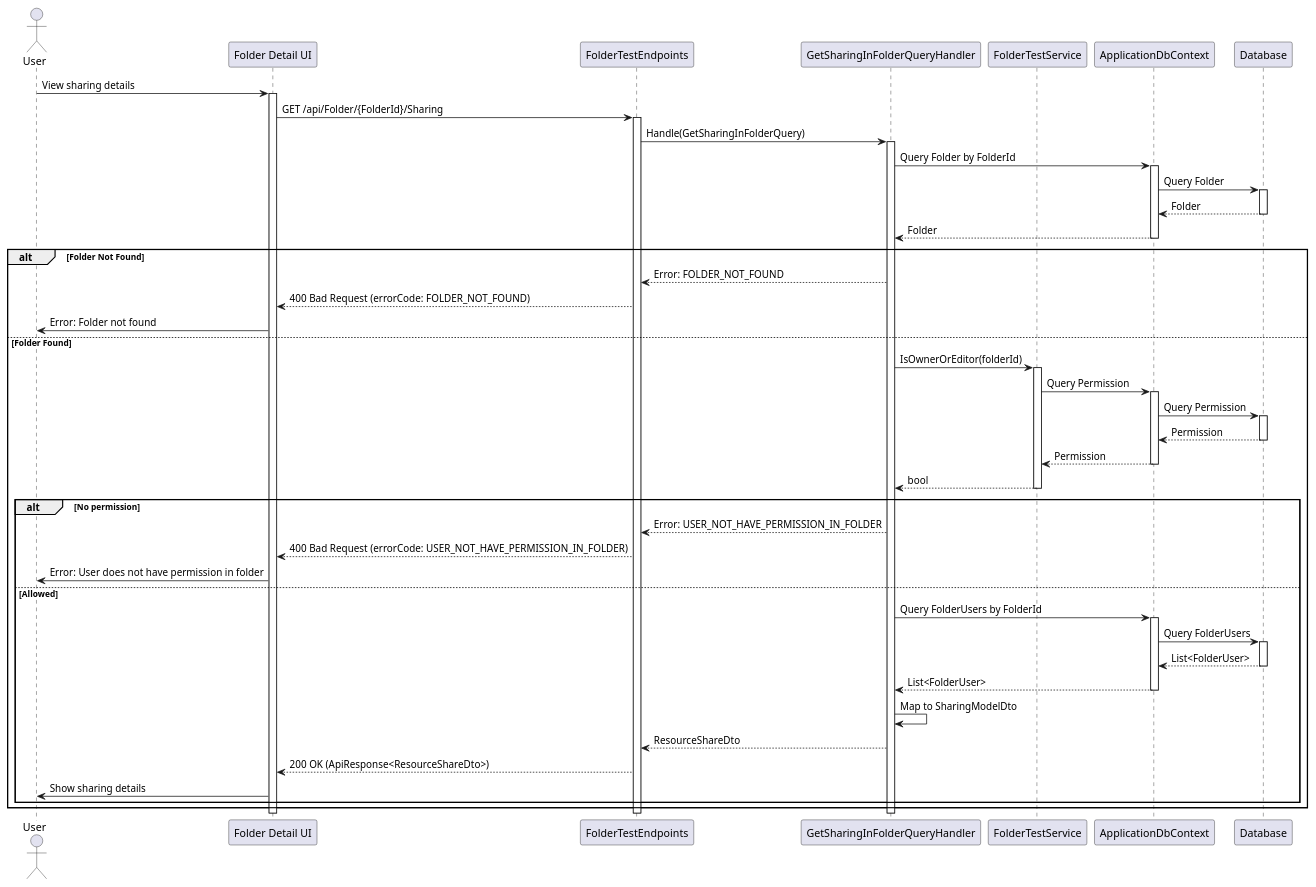
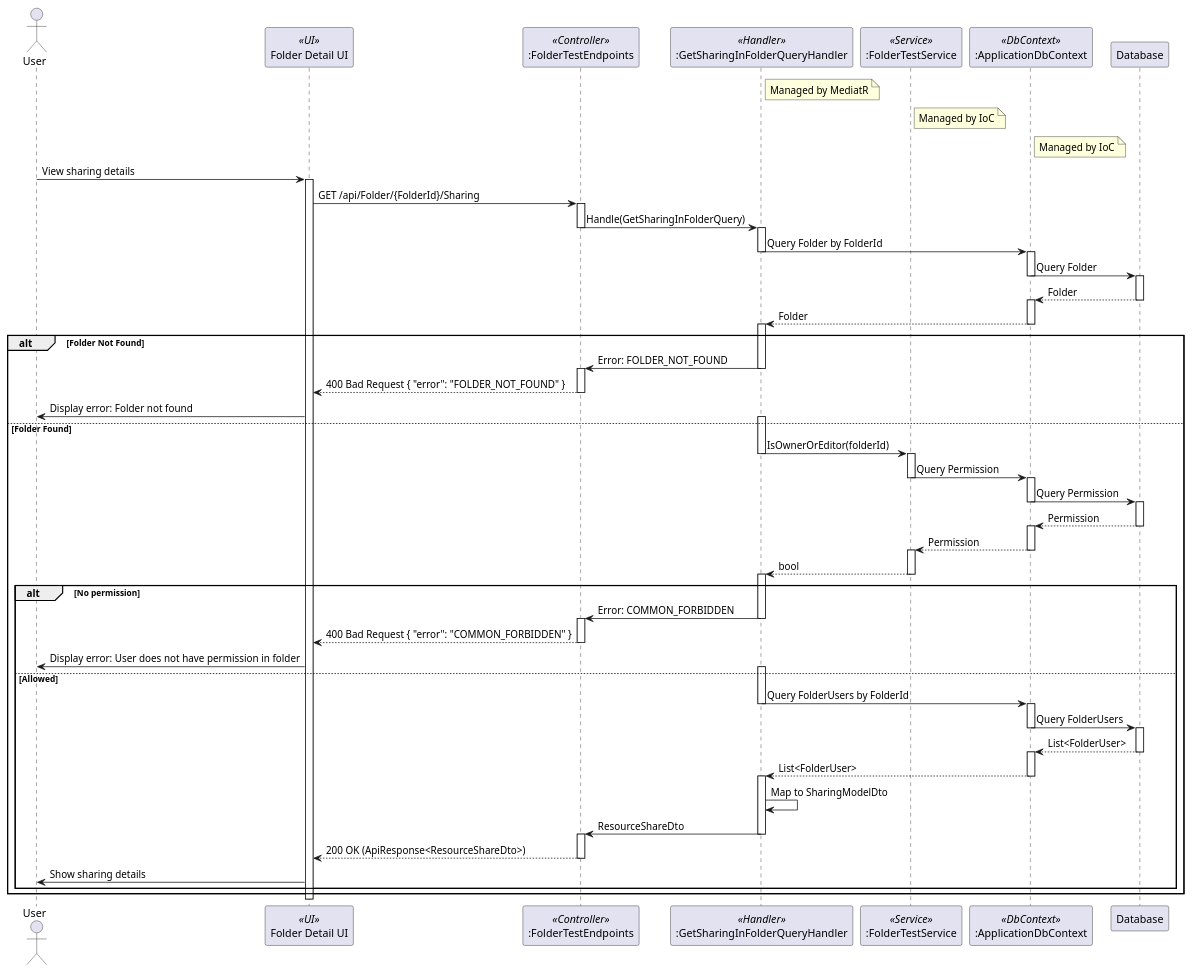
One commit to thanhkhac/SEP_Diagram changed the diagram in FolderTest/Sequence/GetSharingInFolderQuery.puml. Above: the diagram before and after it, drawn with PlantUML. The commit also changed 23 other files, not shown here.

First line of the commit message:
Enhance sequence diagrams with detailed flow and roles

```diff
--- a/FolderTest/Sequence/GetSharingInFolderQuery.puml
+++ b/FolderTest/Sequence/GetSharingInFolderQuery.puml
@@ -1,63 +1,100 @@
 @startuml
 actor User
-participant "Folder Detail UI" as UI
-participant FolderTestEndpoints
-participant GetSharingInFolderQueryHandler as Handler
-participant FolderTestService
-participant ApplicationDbContext
+participant "Folder Detail UI" as UI <<UI>>
+participant ":FolderTestEndpoints" as FolderTestEndpoints <<Controller>>
+participant ":GetSharingInFolderQueryHandler" as GetSharingInFolderQueryHandler <<Handler>>
+participant ":FolderTestService" as FolderTestService <<Service>>
+participant ":ApplicationDbContext" as ApplicationDbContext <<DbContext>>
 participant Database
+
+note right of GetSharingInFolderQueryHandler
+  Managed by MediatR
+end note
+
+note right of FolderTestService
+  Managed by IoC
+end note
+
+note right of ApplicationDbContext
+  Managed by IoC
+end note
 
 User -> UI : View sharing details
 activate UI
 UI -> FolderTestEndpoints : GET /api/Folder/{FolderId}/Sharing
 activate FolderTestEndpoints
-FolderTestEndpoints -> Handler : Handle(GetSharingInFolderQuery)
-activate Handler
-Handler -> ApplicationDbContext : Query Folder by FolderId
+FolderTestEndpoints -> GetSharingInFolderQueryHandler : Handle(GetSharingInFolderQuery)
+deactivate FolderTestEndpoints
+activate GetSharingInFolderQueryHandler
+GetSharingInFolderQueryHandler -> ApplicationDbContext : Query Folder by FolderId
+deactivate GetSharingInFolderQueryHandler
 activate ApplicationDbContext
 ApplicationDbContext -> Database : Query Folder
+deactivate ApplicationDbContext
 activate Database
 Database --> ApplicationDbContext : Folder
 deactivate Database
-ApplicationDbContext --> Handler : Folder
+activate ApplicationDbContext
+ApplicationDbContext --> GetSharingInFolderQueryHandler : Folder
 deactivate ApplicationDbContext
+activate GetSharingInFolderQueryHandler
 alt Folder Not Found
-    Handler --> FolderTestEndpoints : Error: FOLDER_NOT_FOUND
-    FolderTestEndpoints --> UI : 400 Bad Request (errorCode: FOLDER_NOT_FOUND)
-    UI -> User : Error: Folder not found
+    GetSharingInFolderQueryHandler -> FolderTestEndpoints : Error: FOLDER_NOT_FOUND
+    deactivate GetSharingInFolderQueryHandler
+    activate FolderTestEndpoints
+    FolderTestEndpoints --> UI : 400 Bad Request { "error": "FOLDER_NOT_FOUND" }
+    deactivate FolderTestEndpoints
+    UI -> User : Display error: Folder not found
 else Folder Found
-    Handler -> FolderTestService : IsOwnerOrEditor(folderId)
+    activate GetSharingInFolderQueryHandler
+    GetSharingInFolderQueryHandler -> FolderTestService : IsOwnerOrEditor(folderId)
+    deactivate GetSharingInFolderQueryHandler
     activate FolderTestService
     FolderTestService -> ApplicationDbContext : Query Permission
+    deactivate FolderTestService
     activate ApplicationDbContext
     ApplicationDbContext -> Database : Query Permission
+    deactivate ApplicationDbContext
     activate Database
     Database --> ApplicationDbContext : Permission
     deactivate Database
+    activate ApplicationDbContext
     ApplicationDbContext --> FolderTestService : Permission
     deactivate ApplicationDbContext
-    FolderTestService --> Handler : bool
+    activate FolderTestService
+    FolderTestService --> GetSharingInFolderQueryHandler : bool
     deactivate FolderTestService
+    activate GetSharingInFolderQueryHandler
     alt No permission
-        Handler --> FolderTestEndpoints : Error: USER_NOT_HAVE_PERMISSION_IN_FOLDER
-        FolderTestEndpoints --> UI : 400 Bad Request (errorCode: USER_NOT_HAVE_PERMISSION_IN_FOLDER)
-        UI -> User : Error: User does not have permission in folder
+        GetSharingInFolderQueryHandler -> FolderTestEndpoints : Error: COMMON_FORBIDDEN
+        deactivate GetSharingInFolderQueryHandler
+        activate FolderTestEndpoints
+        FolderTestEndpoints --> UI : 400 Bad Request { "error": "COMMON_FORBIDDEN" }
+        deactivate FolderTestEndpoints
+        UI -> User : Display error: User does not have permission in folder
     else Allowed
-        Handler -> ApplicationDbContext : Query FolderUsers by FolderId
+        activate GetSharingInFolderQueryHandler
+        GetSharingInFolderQueryHandler -> ApplicationDbContext : Query FolderUsers by FolderId
+        deactivate GetSharingInFolderQueryHandler
         activate ApplicationDbContext
         ApplicationDbContext -> Database : Query FolderUsers
+        deactivate ApplicationDbContext
         activate Database
         Database --> ApplicationDbContext : List<FolderUser>
         deactivate Database
-        ApplicationDbContext --> Handler : List<FolderUser>
+        activate ApplicationDbContext
+        ApplicationDbContext --> GetSharingInFolderQueryHandler : List<FolderUser>
         deactivate ApplicationDbContext
-        Handler -> Handler : Map to SharingModelDto
-        Handler --> FolderTestEndpoints : ResourceShareDto
+        activate GetSharingInFolderQueryHandler
+        GetSharingInFolderQueryHandler -> GetSharingInFolderQueryHandler : Map to SharingModelDto
+        GetSharingInFolderQueryHandler -> FolderTestEndpoints : ResourceShareDto
+        deactivate GetSharingInFolderQueryHandler
+        activate FolderTestEndpoints
         FolderTestEndpoints --> UI : 200 OK (ApiResponse<ResourceShareDto>)
+        deactivate FolderTestEndpoints
         UI -> User : Show sharing details
     end
 end
-deactivate Handler
-deactivate FolderTestEndpoints
 deactivate UI
+
 @enduml
```
